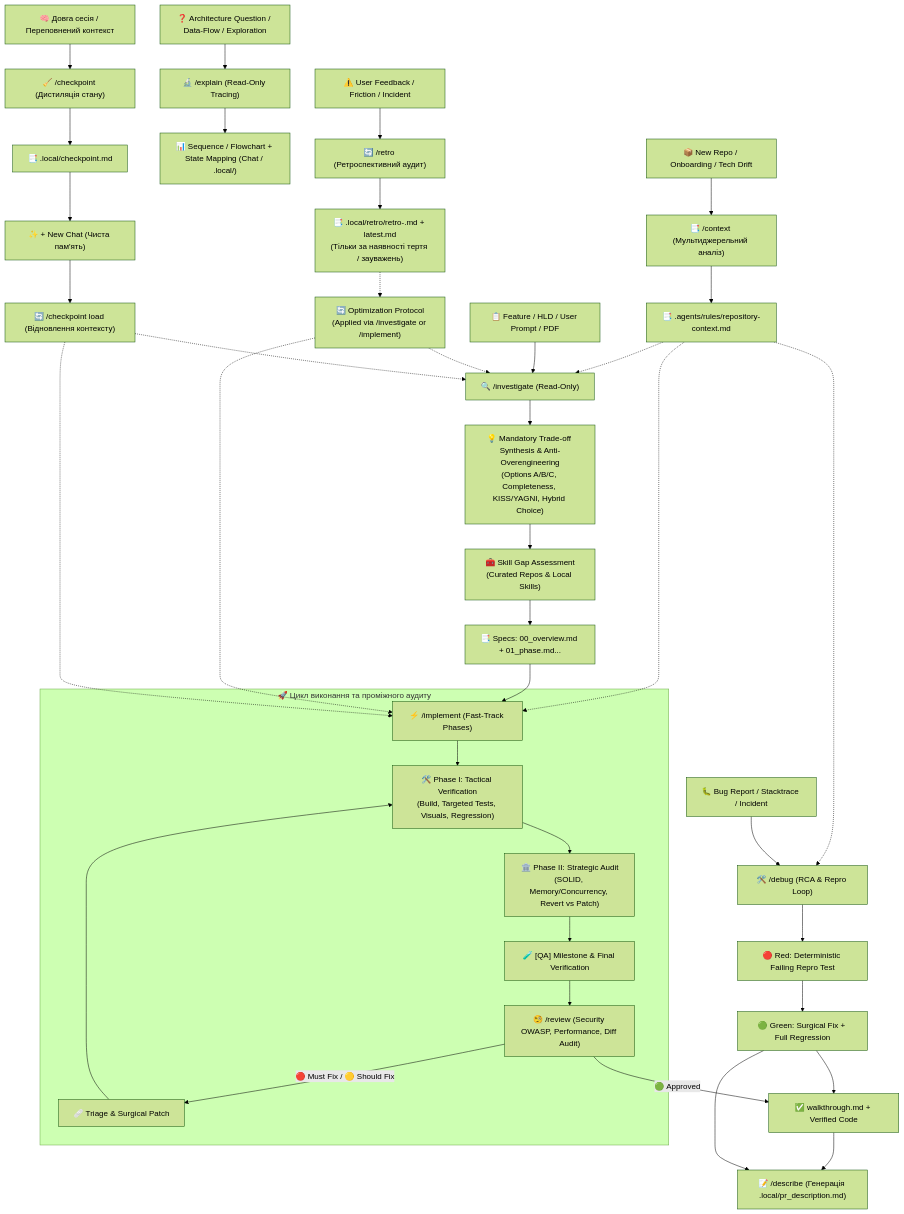
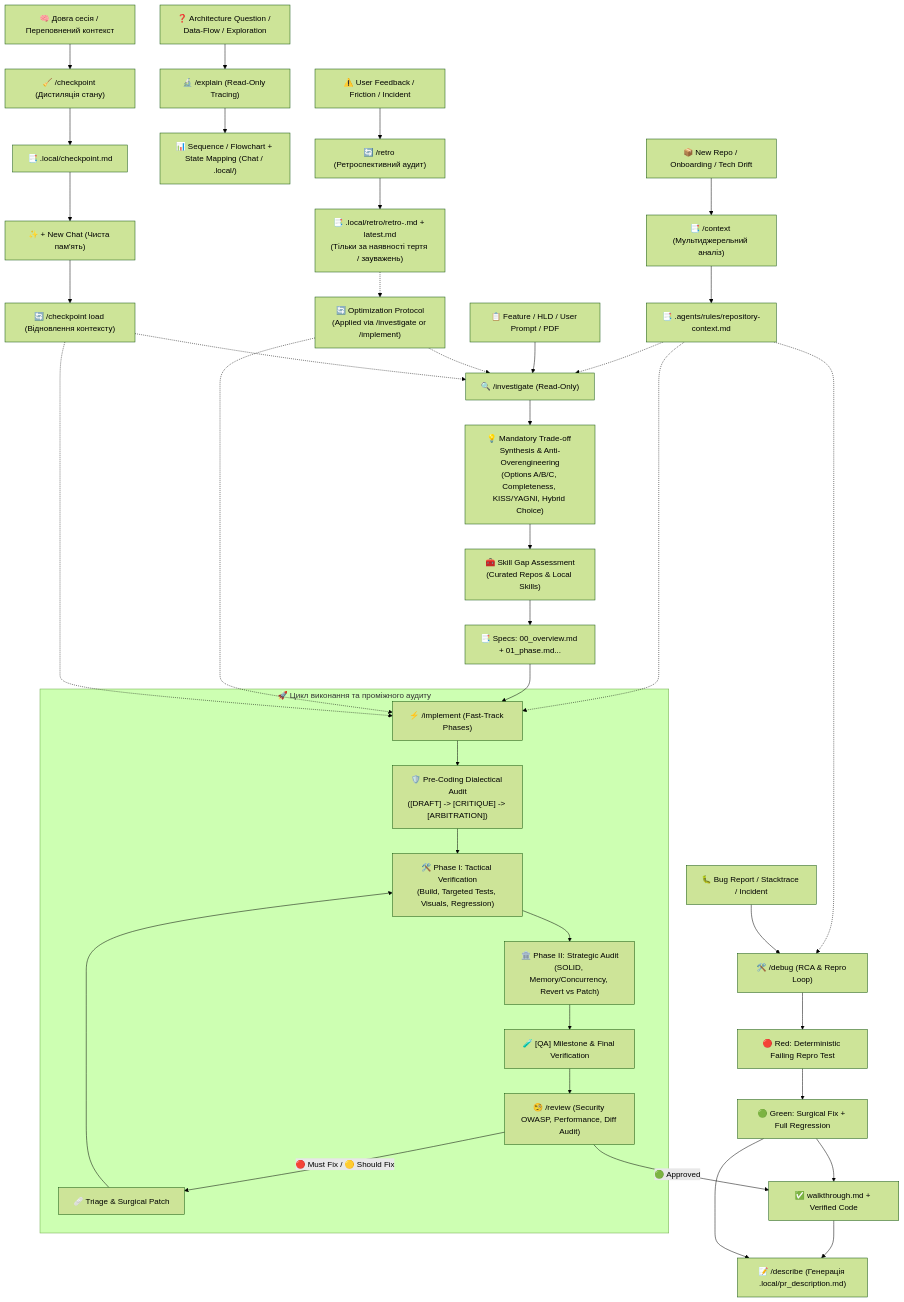
The diagram in README.md (nperepichka/Antigravity), drawn with Mermaid (forest theme) before and after one commit. The commit also changed other lines of this file and 2 other files, not shown here.

Commit message:
pre-coding dialectical audit

````diff
--- a/README.md
+++ b/README.md
@@ -9,48 +9,49 @@
 ```mermaid
 flowchart TD
     RepoInit["📦 New Repo / Onboarding / Tech Drift"] --> Context["📑 /context (Мультиджерельний аналіз)"]
     Context --> ContextFile["📑 .agents/rules/repository-context.md"]
     ContextFile -.-> Investigate
     ContextFile -.-> Implement
     ContextFile -.-> Debug
 
     Task["📋 Feature / HLD / User Prompt / PDF"] --> Investigate["🔍 /investigate (Read-Only)"]
     Investigate --> SolutionSynthesis["💡 Mandatory Trade-off Synthesis & Anti-Overengineering\n(Options A/B/C, Completeness, KISS/YAGNI, Hybrid Choice)"]
     SolutionSynthesis --> SkillDiscovery["🧰 Skill Gap Assessment\n(Curated Repos & Local Skills)"]
     SkillDiscovery --> Specs["📑 Specs: 00_overview.md + 01_phase.md..."]
     Specs --> Implement["⚡ /implement (Fast-Track Phases)"]
 
     Query["❓ Architecture Question / Data-Flow / Exploration"] --> Explain["🔬 /explain (Read-Only Tracing)"]
     Explain --> TraceOutput["📊 Sequence / Flowchart + State Mapping (Chat / .local/)"]
     
     subgraph ExecutionGroup ["🚀 Цикл виконання та проміжного аудиту"]
-        Implement --> Tactical["🛠️ Phase I: Tactical Verification\n(Build, Targeted Tests, Visuals, Regression)"]
+        Implement --> PreAudit["🛡️ Pre-Coding Dialectical Audit\n([DRAFT] -> [CRITIQUE] -> [ARBITRATION])"]
+        PreAudit --> Tactical["🛠️ Phase I: Tactical Verification\n(Build, Targeted Tests, Visuals, Regression)"]
         Tactical --> Strategic["🏛️ Phase II: Strategic Audit\n(SOLID, Memory/Concurrency, Revert vs Patch)"]
         Strategic --> MilestoneQA["🧪 [QA] Milestone & Final Verification"]
         MilestoneQA --> ReviewGate["🧐 /review (Security OWASP, Performance, Diff Audit)"]
         ReviewGate -->|🔴 Must Fix / 🟡 Should Fix| PatchLoop["🩹 Triage & Surgical Patch"]
         PatchLoop --> Tactical
     end
 
     ReviewGate -->|🟢 Approved| Walkthrough["✅ walkthrough.md + Verified Code"]
     Walkthrough --> Describe["📝 /describe (Генерація .local/pr_description.md)"]
 
     Bug["🐛 Bug Report / Stacktrace / Incident"] --> Debug["🛠️ /debug (RCA & Repro Loop)"]
     Debug --> RedTest["🔴 Red: Deterministic Failing Repro Test"]
     RedTest --> GreenFix["🟢 Green: Surgical Fix + Full Regression"]
     GreenFix --> Walkthrough
     GreenFix --> Describe
 
     SessionFriction["⚠️ User Feedback / Friction / Incident"] --> Retro["🔄 /retro (Ретроспективний аудит)"]
     Retro --> RetroReport["📑 .local/retro/retro-<N>.md + latest.md\n(Тільки за наявності тертя / зауважень)"]
     RetroReport -.-> Optimize["🔄 Optimization Protocol\n(Applied via /investigate or /implement)"]
     Optimize -.-> Investigate
     Optimize -.-> Implement
 
     ContextBloat["🧠 Довга сесія / Переповнений контекст"] --> CheckpointSave["🧹 /checkpoint (Дистиляція стану)"]
     CheckpointSave --> CheckpointFile["📑 .local/checkpoint.md"]
     CheckpointFile --> NewSession["✨ + New Chat (Чиста пам'ять)"]
     NewSession --> CheckpointLoad["🔄 /checkpoint load (Відновлення контексту)"]
     CheckpointLoad -.-> Investigate
     CheckpointLoad -.-> Implement
 ```
````
